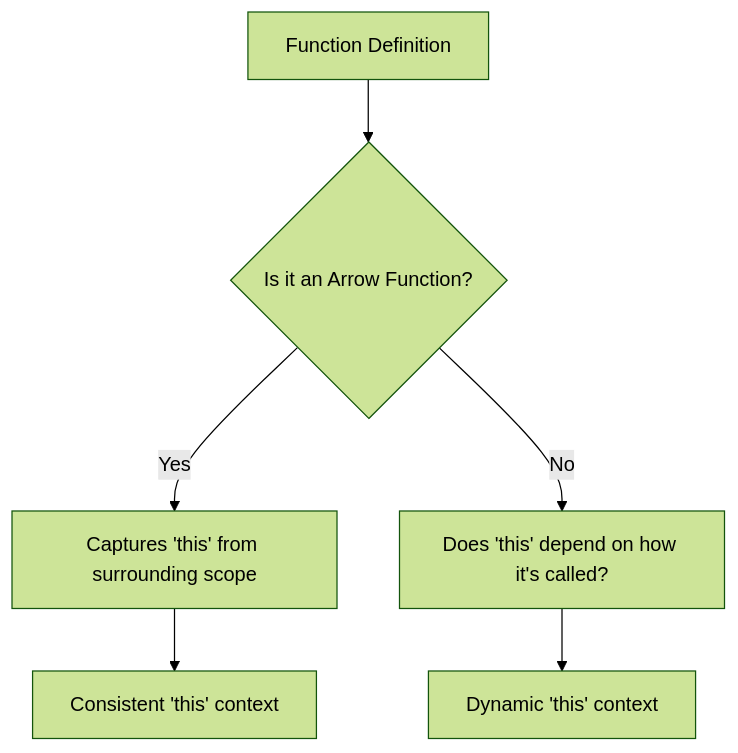
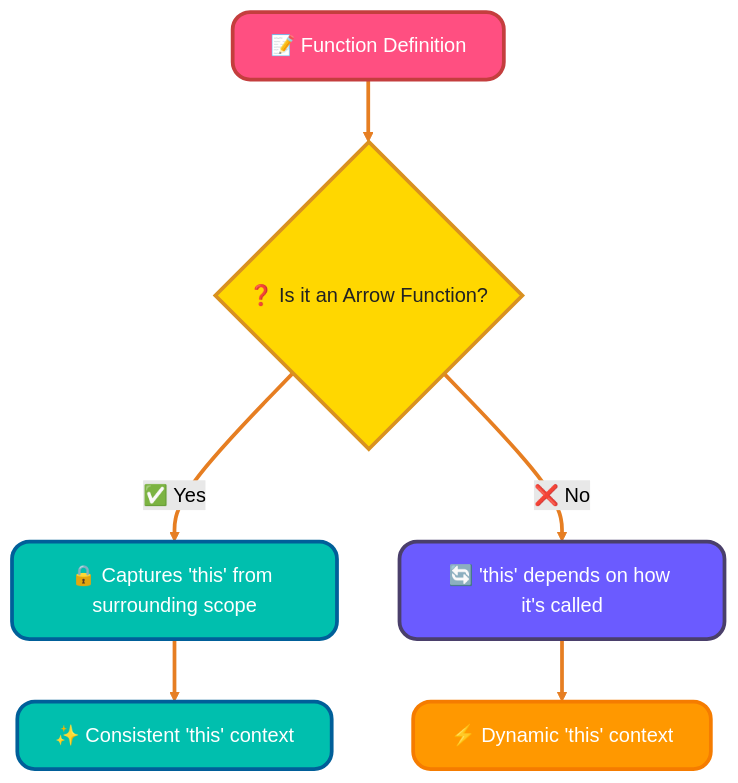
One commit to infoyouth/infoyouth.github.io changed the fifth of 6 diagrams in _posts/typescript/2025-12-11-03.-functions-in-typescript.md. Above: the diagram before and after it, drawn with Mermaid (forest theme). The commit also changed other lines of this file, not shown here.

````diff
--- a/_posts/typescript/2025-12-11-03.-functions-in-typescript.md
+++ b/_posts/typescript/2025-12-11-03.-functions-in-typescript.md
@@ -135,8 +318,16 @@
 ```mermaid
 graph TD
-    A[Function Definition] --> B{Is it an Arrow Function?};
-    B -- Yes --> C[Captures 'this' from surrounding scope];
-    B -- No --> D[Does 'this' depend on how it's called?];
-    C --> E[Consistent 'this' context];
-    D --> F[Dynamic 'this' context];
+    A["📝 Function Definition"]:::style1 --> B{"❓ Is it an Arrow Function?"}:::style3
+    B -- "✅ Yes" --> C["🔒 Captures 'this' from surrounding scope"]:::style4
+    B -- "❌ No" --> D["🔄 'this' depends on how it's called"]:::style2
+    C --> E["✨ Consistent 'this' context"]:::style4
+    D --> F["⚡ Dynamic 'this' context"]:::style5
+
+    classDef style1 fill:#ff4f81,stroke:#c43e3e,color:#fff,font-size:16px,stroke-width:3px,rx:14,shadow:6px;
+    classDef style2 fill:#6b5bff,stroke:#4a3f6b,color:#fff,font-size:16px,stroke-width:3px,rx:14,shadow:6px;
+    classDef style3 fill:#ffd700,stroke:#d99120,color:#222,font-size:16px,stroke-width:3px,rx:14,shadow:6px;
+    classDef style4 fill:#00bfae,stroke:#005f99,color:#fff,font-size:16px,stroke-width:3px,rx:14,shadow:6px;
+    classDef style5 fill:#ff9800,stroke:#f57c00,color:#fff,font-size:16px,stroke-width:3px,rx:14,shadow:6px;
+
+    linkStyle default stroke:#e67e22,stroke-width:3px;
 ```
````
